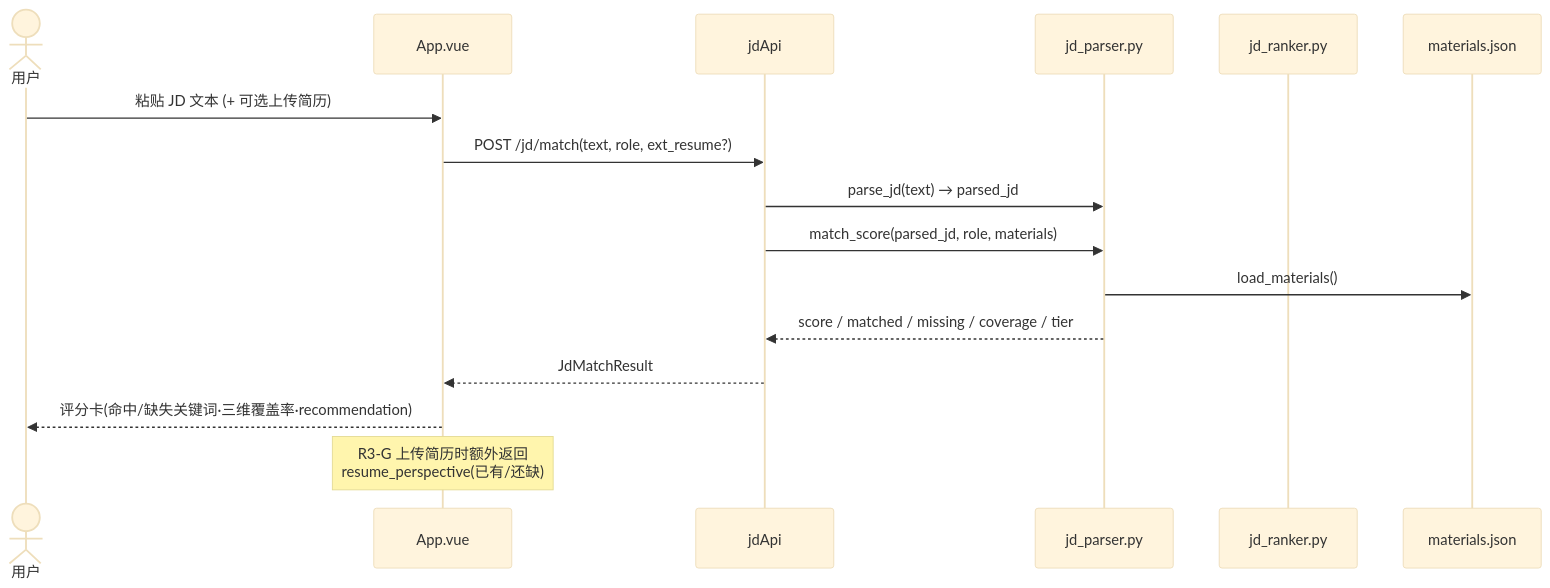
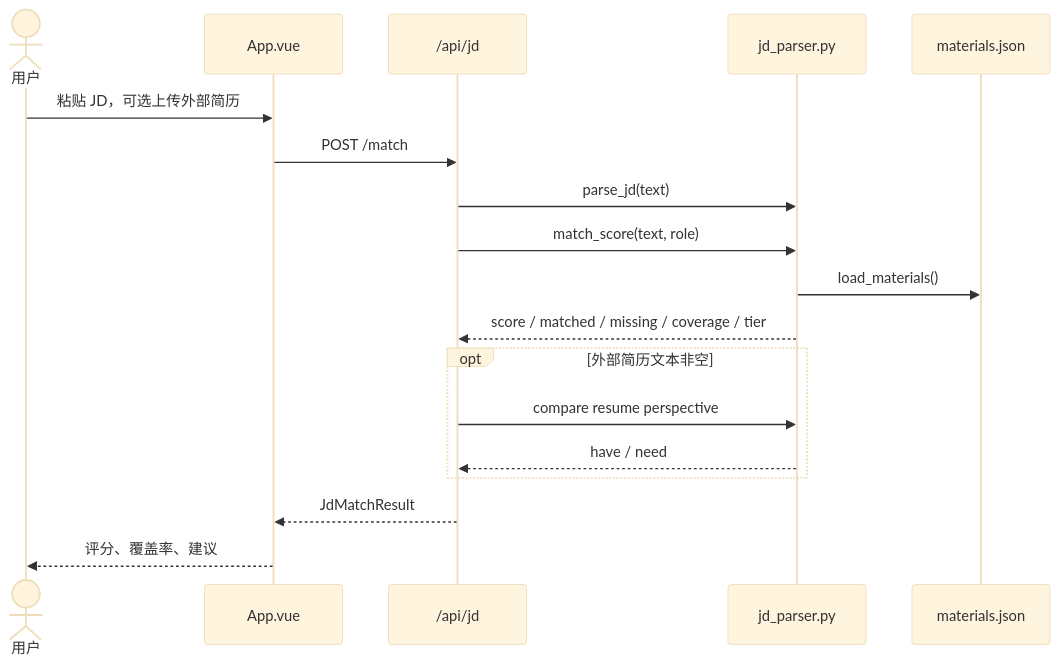
The sixth of 9 diagrams in .harness/docs/system-architecture.md (JJ704sd/Resume-Buff), drawn with Mermaid (base theme) before and after one commit. The commit also changed other lines of this file, not shown here.

Commit message:
docs(architecture): refresh system design and data flows

````diff
--- a/.harness/docs/system-architecture.md
+++ b/.harness/docs/system-architecture.md
@@ -201,19 +298,21 @@
 ```mermaid
 sequenceDiagram
   actor U as 用户
   participant FE as App.vue
-  participant API as jdApi
-  participant JP as jd_parser.py
-  participant JR as jd_ranker.py
+  participant API as /api/jd
+  participant JD as jd_parser.py
   participant MAT as materials.json
 
-  U->>FE: 粘贴 JD 文本 (+ 可选上传简历)
-  FE->>API: POST /jd/match(text, role, ext_resume?)
-  API->>JP: parse_jd(text) → parsed_jd
-  API->>JP: match_score(parsed_jd, role, materials)
-  JP->>MAT: load_materials()
-  JP-->>API: score / matched / missing / coverage / tier
+  U->>FE: 粘贴 JD，可选上传外部简历
+  FE->>API: POST /match
+  API->>JD: parse_jd(text)
+  API->>JD: match_score(text, role)
+  JD->>MAT: load_materials()
+  JD-->>API: score / matched / missing / coverage / tier
+  opt 外部简历文本非空
+    API->>JD: compare resume perspective
+    JD-->>API: have / need
+  end
   API-->>FE: JdMatchResult
-  FE-->>U: 评分卡(命中/缺失关键词·三维覆盖率·recommendation)
-  Note over FE: R3-G 上传简历时额外返回<br/>resume_perspective(已有/还缺)
+  FE-->>U: 评分、覆盖率、建议
 ```
````
